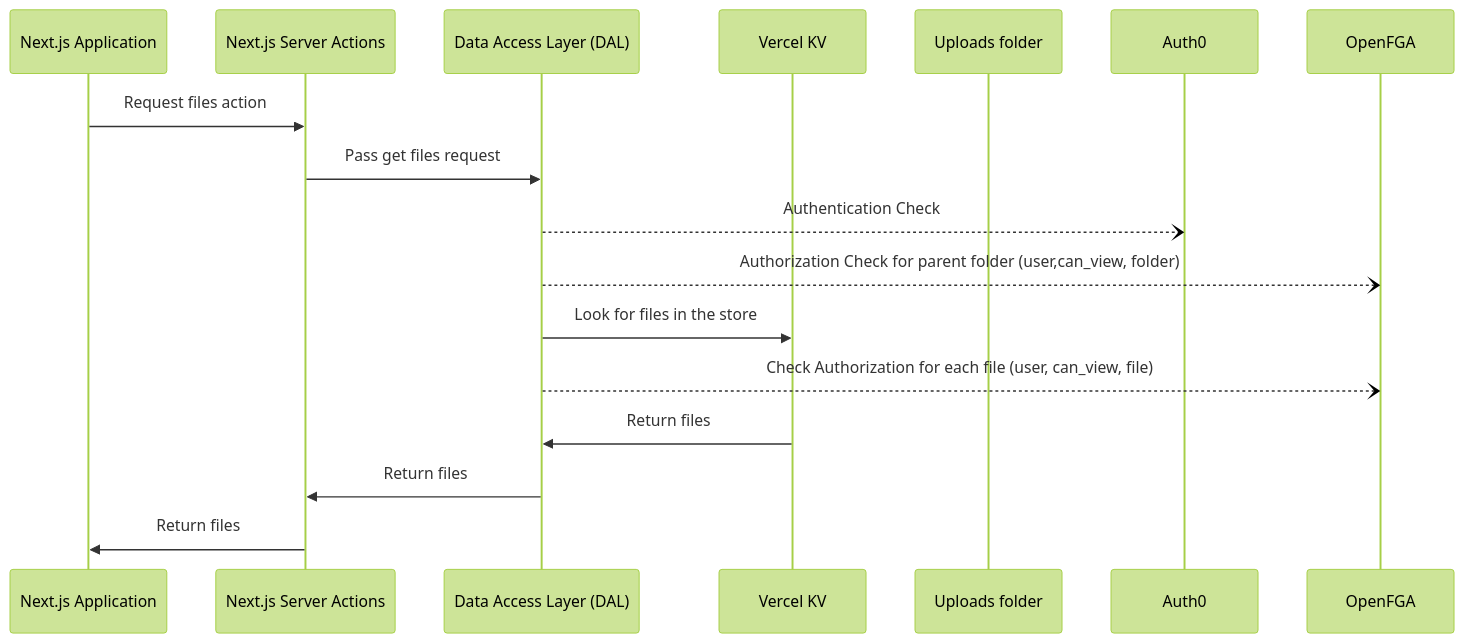
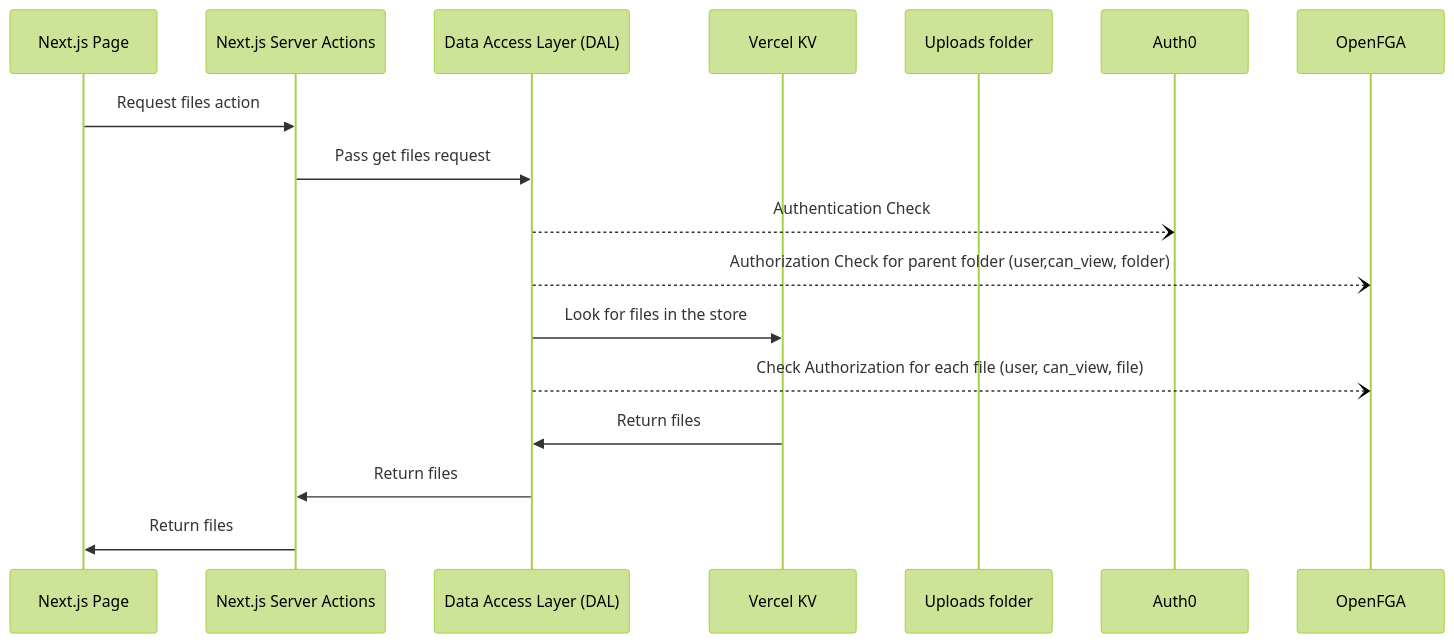
The second of 8 diagrams in README.md (oktadev/fga-drive-example), drawn with Mermaid (forest theme) before and after one commit. The commit also changed other lines of this file, not shown here.

Commit message:
Fix architecture schemas in the readme

````diff
--- a/README.md
+++ b/README.md
@@ -217,19 +217,19 @@
 ```mermaid
 sequenceDiagram;
-  participant Next.js Application
+  participant Next.js Page
   participant Next.js Server Actions
   participant Data Access Layer (DAL)
   participant Vercel KV
   participant Uploads folder
   participant Auth0
   participant OpenFGA
-  Next.js Application->>Next.js Server Actions: Request files action
+  Next.js Page->>Next.js Server Actions: Request files action
   Next.js Server Actions->>Data Access Layer (DAL): Pass get files request
   Data Access Layer (DAL)--)Auth0: Authentication Check
   Data Access Layer (DAL)--)OpenFGA: Authorization Check for parent folder (user,can_view, folder)
   Data Access Layer (DAL)->>Vercel KV: Look for files in the store
   Data Access Layer (DAL)--)OpenFGA: Check Authorization for each file (user, can_view, file)
   Vercel KV->>Data Access Layer (DAL): Return files
   Data Access Layer (DAL)->>Next.js Server Actions: Return files
-  Next.js Server Actions->>Next.js Application: Return files
+  Next.js Server Actions->>Next.js Page: Return files
 ```
````
